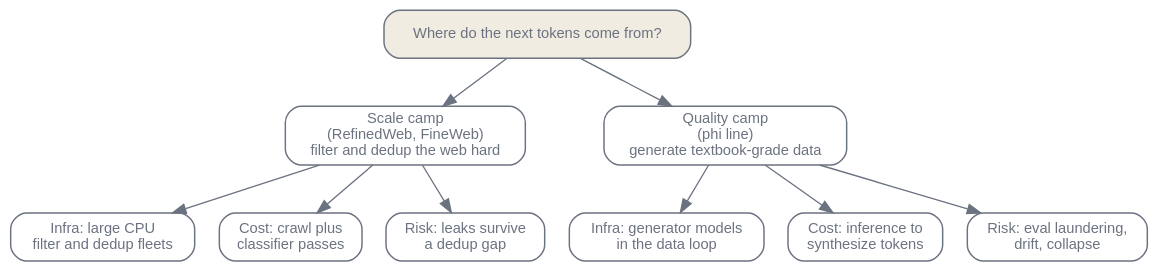
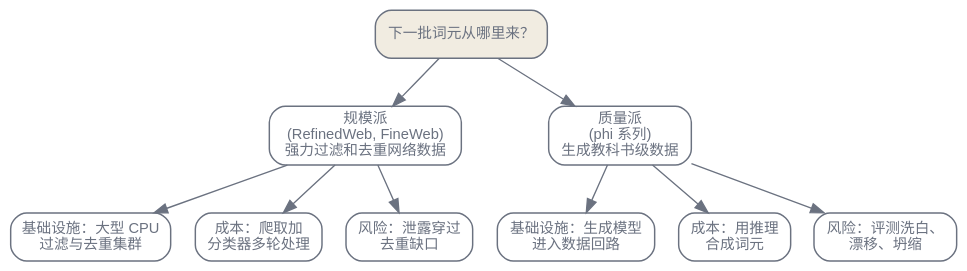
The third of 3 diagrams in zh/foundations/02-data-curation.qmd (latere-ai/ai-as-an-infrastructure), drawn with Graphviz before and after one commit. The commit also changed other lines of this file, not shown here.

Commit message:
docs: localize zh data curation diagrams

````diff
--- a/zh/foundations/02-data-curation.qmd
+++ b/zh/foundations/02-data-curation.qmd
@@ -142,33 +142,33 @@
 ```{dot}
 //| label: fig-data-curation-debate
 //| fig-cap: "规模与质量之争为何未定论：每一派都意味着不同的栈、成本结构与污染风险，因此这一抉择并非单一可调的比值。"
 digraph {
   rankdir=TB;
   bgcolor="transparent";
   node [shape=box, style=rounded, fontsize=11, fontname="Helvetica", color="#6b7280", fontcolor="#6b7280", penwidth=1.1];
   edge [color="#6b7280", fontcolor="#6b7280"];
 
-  Q ["label"="Where do the next tokens come from?", shape=box, style="rounded,filled", fillcolor="#f1ece1"];
+  Q ["label"="下一批词元从哪里来？", shape=box, style="rounded,filled", fillcolor="#f1ece1"];
 
-  Scale ["label"="Scale camp\n(RefinedWeb, FineWeb)\nfilter and dedup the web hard"];
-  Quality ["label"="Quality camp\n(phi line)\ngenerate textbook-grade data"];
+  Scale ["label"="规模派\n(RefinedWeb, FineWeb)\n强力过滤和去重网络数据"];
+  Quality ["label"="质量派\n(phi 系列)\n生成教科书级数据"];
 
   Q -> Scale;
   Q -> Quality;
 
-  ScaleInfra ["label"="Infra: large CPU\nfilter and dedup fleets"];
-  ScaleCost ["label"="Cost: crawl plus\nclassifier passes"];
-  ScaleRisk ["label"="Risk: leaks survive\na dedup gap"];
+  ScaleInfra ["label"="基础设施：大型 CPU\n过滤与去重集群"];
+  ScaleCost ["label"="成本：爬取加\n分类器多轮处理"];
+  ScaleRisk ["label"="风险：泄露穿过\n去重缺口"];
 
-  QualInfra ["label"="Infra: generator models\nin the data loop"];
-  QualCost ["label"="Cost: inference to\nsynthesize tokens"];
-  QualRisk ["label"="Risk: eval laundering,\ndrift, collapse"];
+  QualInfra ["label"="基础设施：生成模型\n进入数据回路"];
+  QualCost ["label"="成本：用推理\n合成词元"];
+  QualRisk ["label"="风险：评测洗白、\n漂移、坍缩"];
 
   Scale -> ScaleInfra;
   Scale -> ScaleCost;
   Scale -> ScaleRisk;
   Quality -> QualInfra;
   Quality -> QualCost;
   Quality -> QualRisk;
 }
 ```
````
